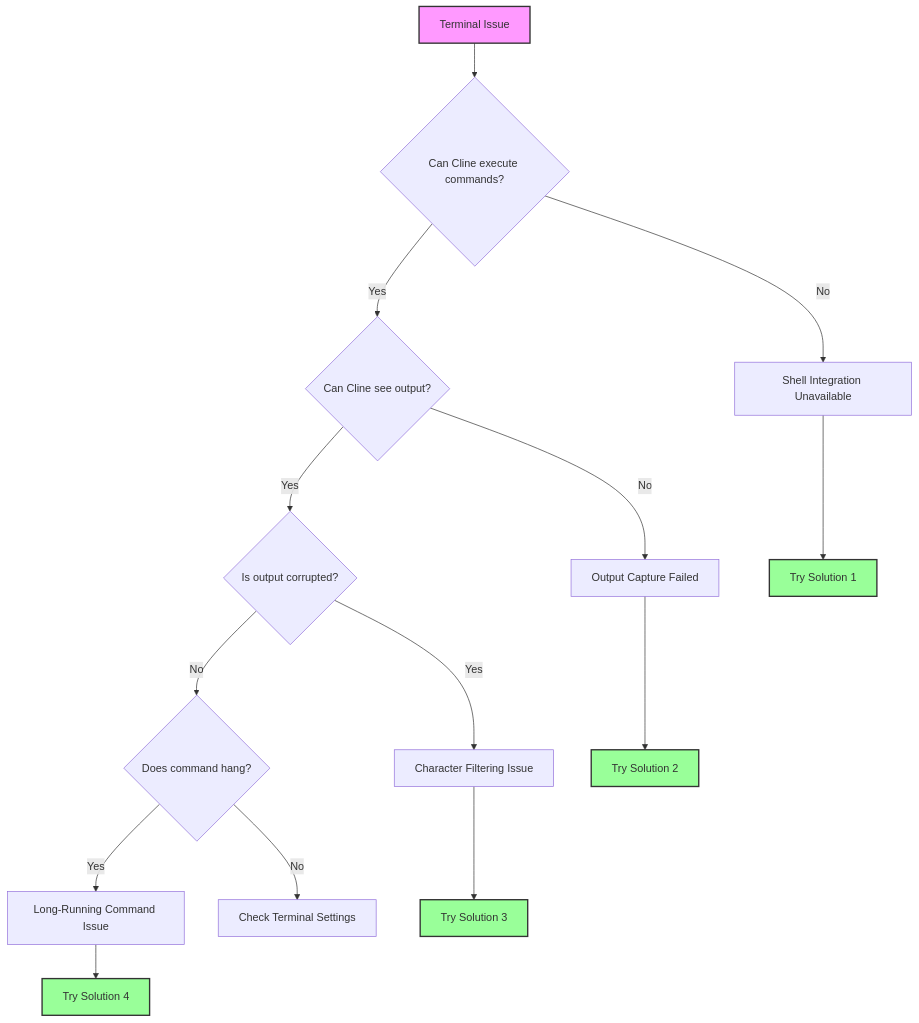
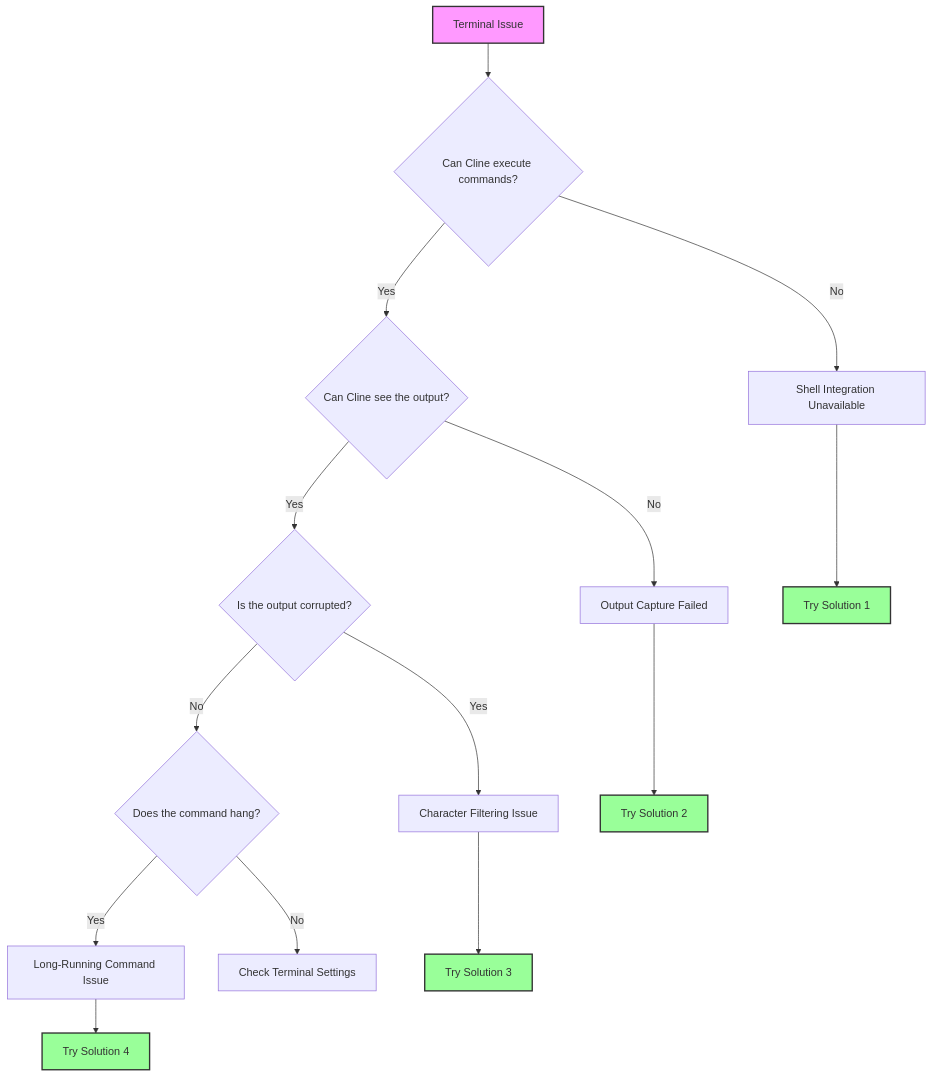
One commit to cline/cline changed the diagram in docs/troubleshooting/terminal-integration-guide.mdx. Above: the diagram before and after it, drawn with Mermaid. The commit also changed other lines of this file and 3 other files, not shown here.

````diff
--- a/docs/troubleshooting/terminal-integration-guide.mdx
+++ b/docs/troubleshooting/terminal-integration-guide.mdx
@@ -18,23 +20,23 @@
 ```mermaid
 graph TD
     A[Terminal Issue] --> B{Can Cline execute commands?}
     B -->|No| C[Shell Integration Unavailable]
-    B -->|Yes| D{Can Cline see output?}
+    B -->|Yes| D{Can Cline see the output?}
     D -->|No| E[Output Capture Failed]
-    D -->|Yes| F{Is output corrupted?}
+    D -->|Yes| F{Is the output corrupted?}
     F -->|Yes| G[Character Filtering Issue]
-    F -->|No| H{Does command hang?}
+    F -->|No| H{Does the command hang?}
     H -->|Yes| I[Long-Running Command Issue]
     H -->|No| J[Check Terminal Settings]
 
     C --> K[Try Solution 1]
     E --> L[Try Solution 2]
     G --> M[Try Solution 3]
     I --> N[Try Solution 4]
 
     style A fill:#f9f,stroke:#333,stroke-width:2px
     style K fill:#9f9,stroke:#333,stroke-width:2px
     style L fill:#9f9,stroke:#333,stroke-width:2px
     style M fill:#9f9,stroke:#333,stroke-width:2px
     style N fill:#9f9,stroke:#333,stroke-width:2px
 ```
````
